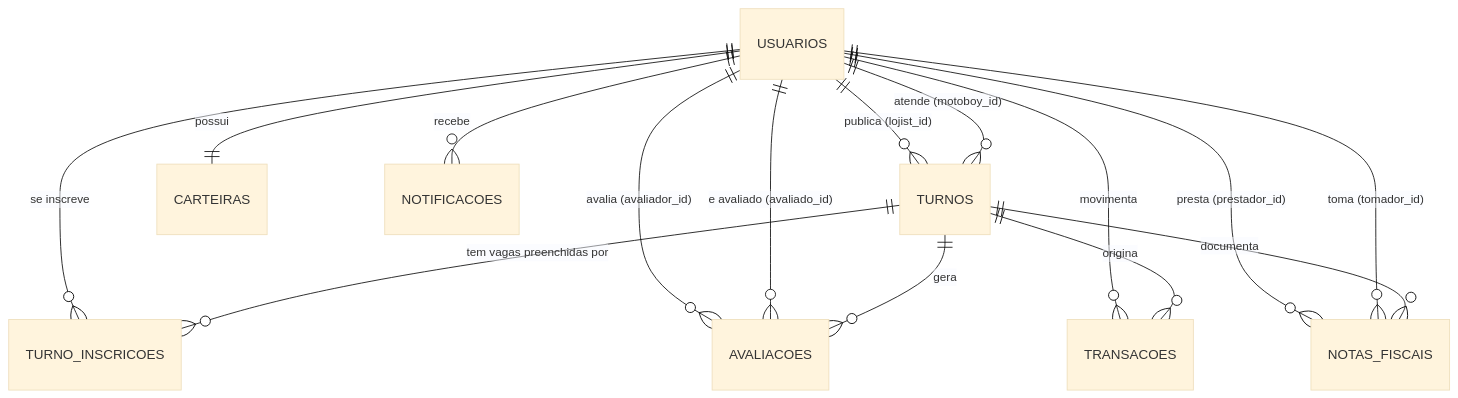
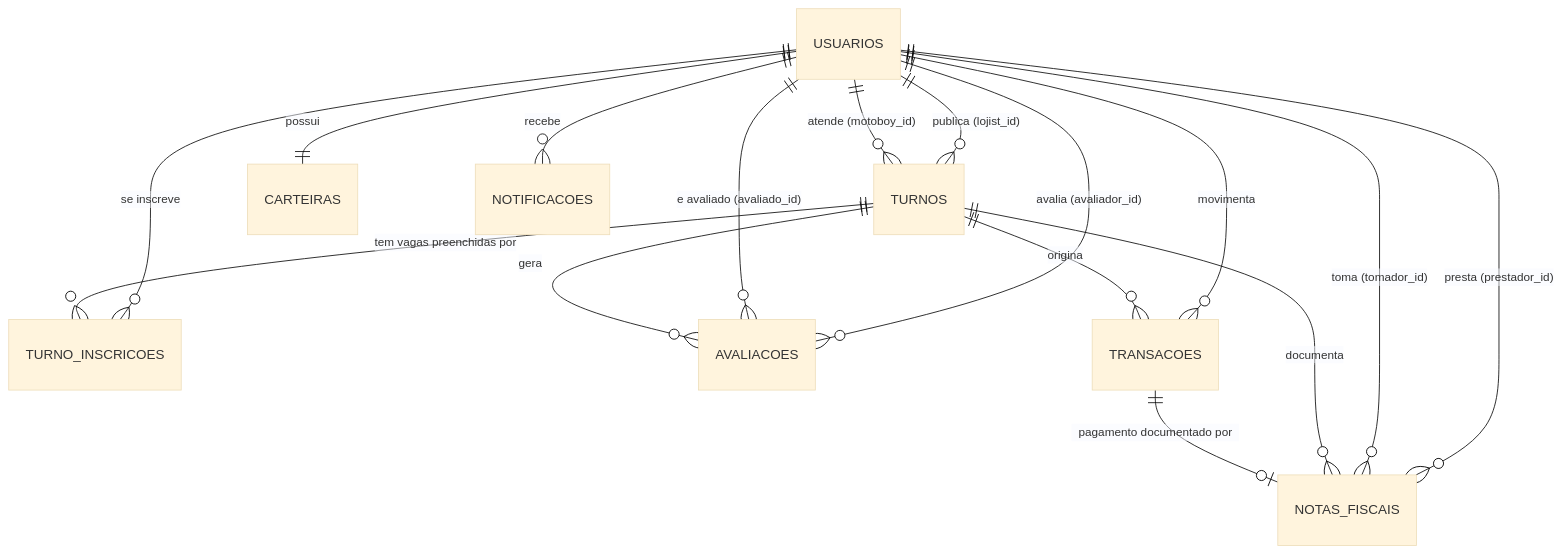
The diagram in docs/DER/DER_MotoShift.md (matheus-silverio-silva/motoshift), drawn with Mermaid (base theme) before and after one commit. The commit also changed other lines of this file and 4 other files, not shown here.

````diff
--- a/docs/DER/DER_MotoShift.md
+++ b/docs/DER/DER_MotoShift.md
@@ -15,17 +15,18 @@
 ```mermaid
 erDiagram
     USUARIOS ||--o{ TURNOS : "publica (lojist_id)"
     USUARIOS ||--o{ TURNOS : "atende (motoboy_id)"
     USUARIOS ||--|| CARTEIRAS : "possui"
     USUARIOS ||--o{ TURNO_INSCRICOES : "se inscreve"
     USUARIOS ||--o{ AVALIACOES : "avalia (avaliador_id)"
     USUARIOS ||--o{ AVALIACOES : "e avaliado (avaliado_id)"
     USUARIOS ||--o{ TRANSACOES : "movimenta"
     USUARIOS ||--o{ NOTIFICACOES : "recebe"
     USUARIOS ||--o{ NOTAS_FISCAIS : "presta (prestador_id)"
     USUARIOS ||--o{ NOTAS_FISCAIS : "toma (tomador_id)"
     TURNOS   ||--o{ TURNO_INSCRICOES : "tem vagas preenchidas por"
     TURNOS   ||--o{ AVALIACOES : "gera"
     TURNOS   ||--o{ TRANSACOES : "origina"
     TURNOS   ||--o{ NOTAS_FISCAIS : "documenta"
+    TRANSACOES ||--o| NOTAS_FISCAIS : "pagamento documentado por"
 ```
````
